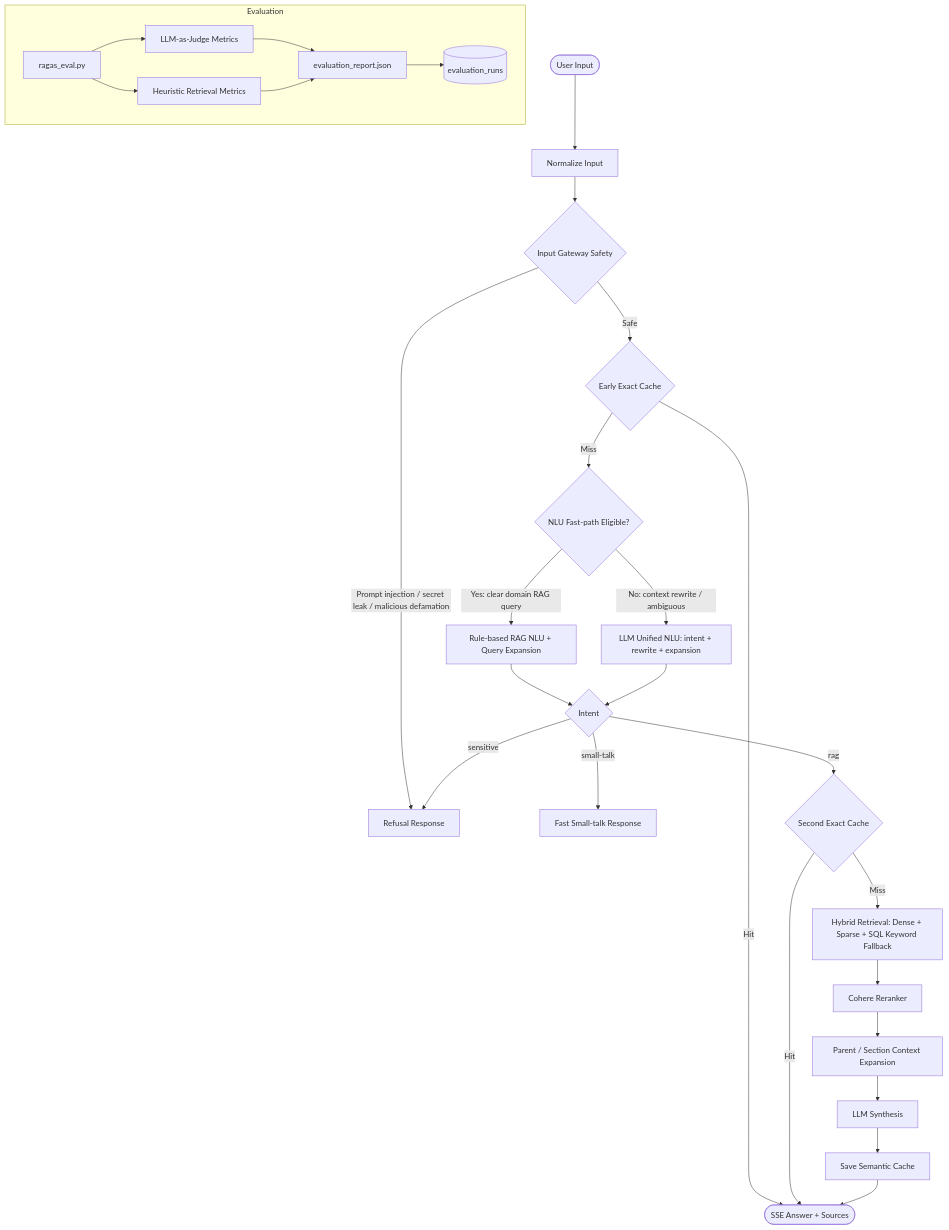
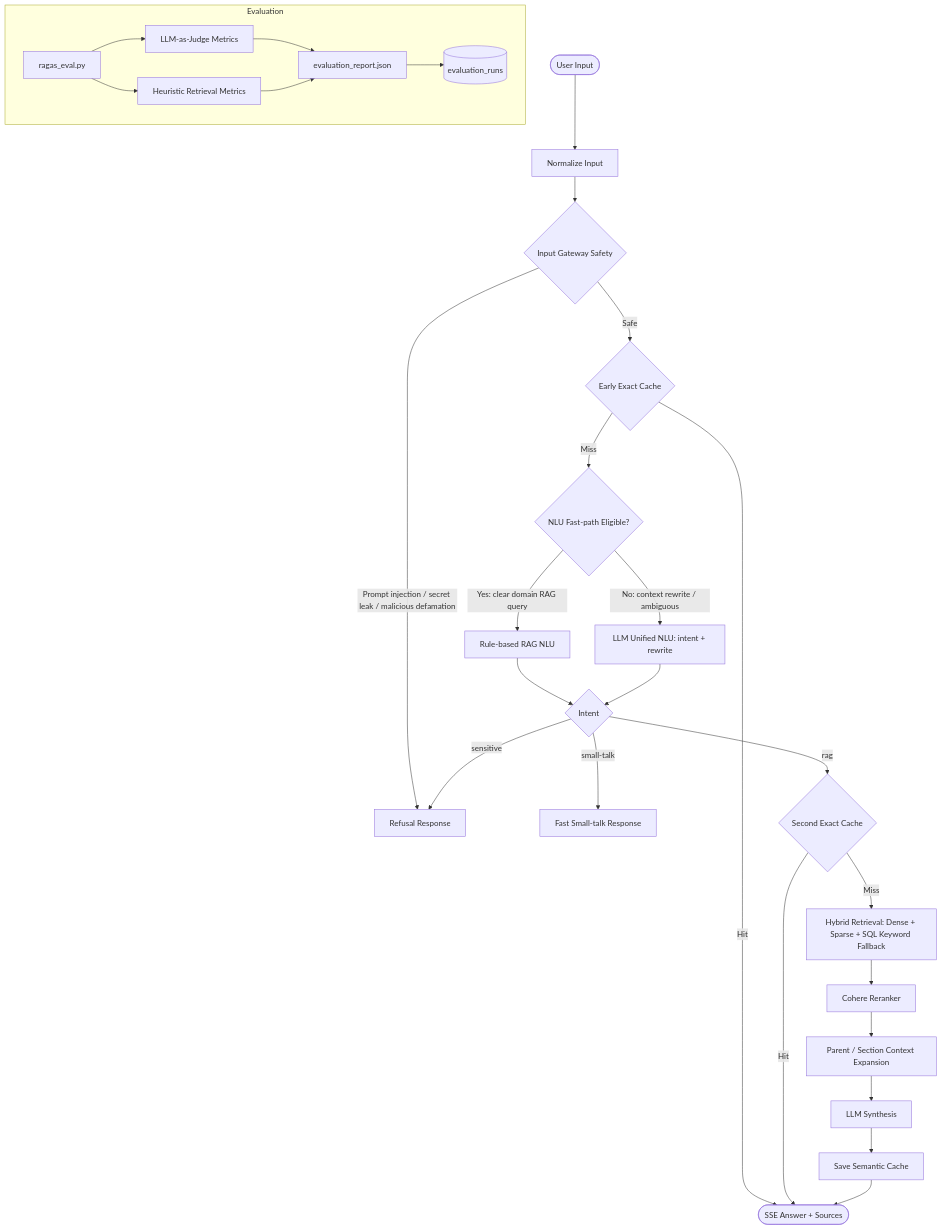
Before and after one commit to dungltcn272/XANH_SM_AI_ASSISTANT_V1: the diagram in docs/PIPELINE.md, drawn with Mermaid. The commit also changed other lines of this file and 2 other files, not shown here.

````diff
--- a/docs/PIPELINE.md
+++ b/docs/PIPELINE.md
@@ -7,35 +7,35 @@
 ```mermaid
 graph TD
     A([User Input]) --> B[Normalize Input]
     B --> C{Input Gateway Safety}
     C -- Prompt injection / secret leak / malicious defamation --> X[Refusal Response]
     C -- Safe --> D{Early Exact Cache}
 
     D -- Hit --> O([SSE Answer + Sources])
     D -- Miss --> E{NLU Fast-path Eligible?}
 
-    E -- Yes: clear domain RAG query --> E1[Rule-based RAG NLU + Query Expansion]
-    E -- No: context rewrite / ambiguous --> E2[LLM Unified NLU: intent + rewrite + expansion]
+    E -- Yes: clear domain RAG query --> E1[Rule-based RAG NLU]
+    E -- No: context rewrite / ambiguous --> E2[LLM Unified NLU: intent + rewrite]
 
     E1 --> F{Intent}
     E2 --> F
     F -- small-talk --> S[Fast Small-talk Response]
     F -- sensitive --> X
     F -- rag --> G{Second Exact Cache}
 
     G -- Hit --> O
     G -- Miss --> H[Hybrid Retrieval: Dense + Sparse + SQL Keyword Fallback]
     H --> I[Cohere Reranker]
     I --> J[Parent / Section Context Expansion]
     J --> K[LLM Synthesis]
     K --> L[Save Semantic Cache]
     L --> O
 
     subgraph Evaluation
       R[ragas_eval.py] --> M[LLM-as-Judge Metrics]
       R --> N[Heuristic Retrieval Metrics]
       M --> P[evaluation_report.json]
       N --> P
       P --> Q[(evaluation_runs)]
     end
 ```
````
